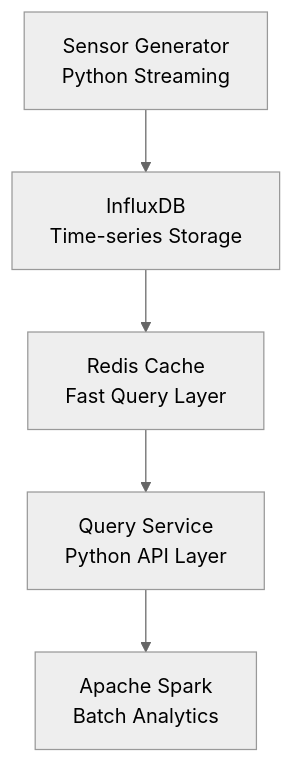
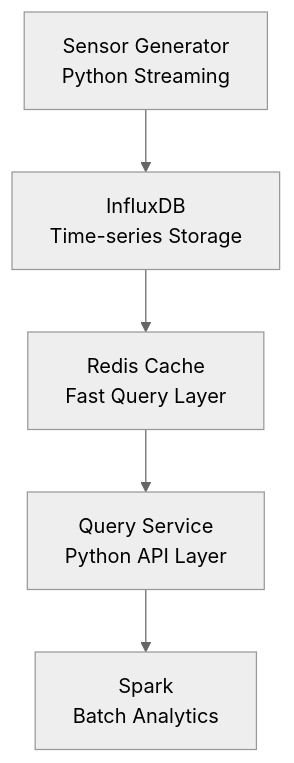
Before and after one commit to kedinaimoke/time-series-analytics: the diagram in README.md, drawn with Mermaid (neutral theme). The commit also changed other lines of this file and 4 other files, not shown here.

````diff
--- a/README.md
+++ b/README.md
@@ -54,13 +54,13 @@
 ```mermaid
 flowchart TD
     A[Sensor Generator<br/>Python Streaming]
     B[InfluxDB<br/>Time-series Storage]
     C[Redis Cache<br/>Fast Query Layer]
     D[Query Service<br/>Python API Layer]
-    E[Apache Spark<br/>Batch Analytics]
+    E[Spark<br/>Batch Analytics]
 
     A --> B
     B --> C
     C --> D
     D --> E
 ```
````
